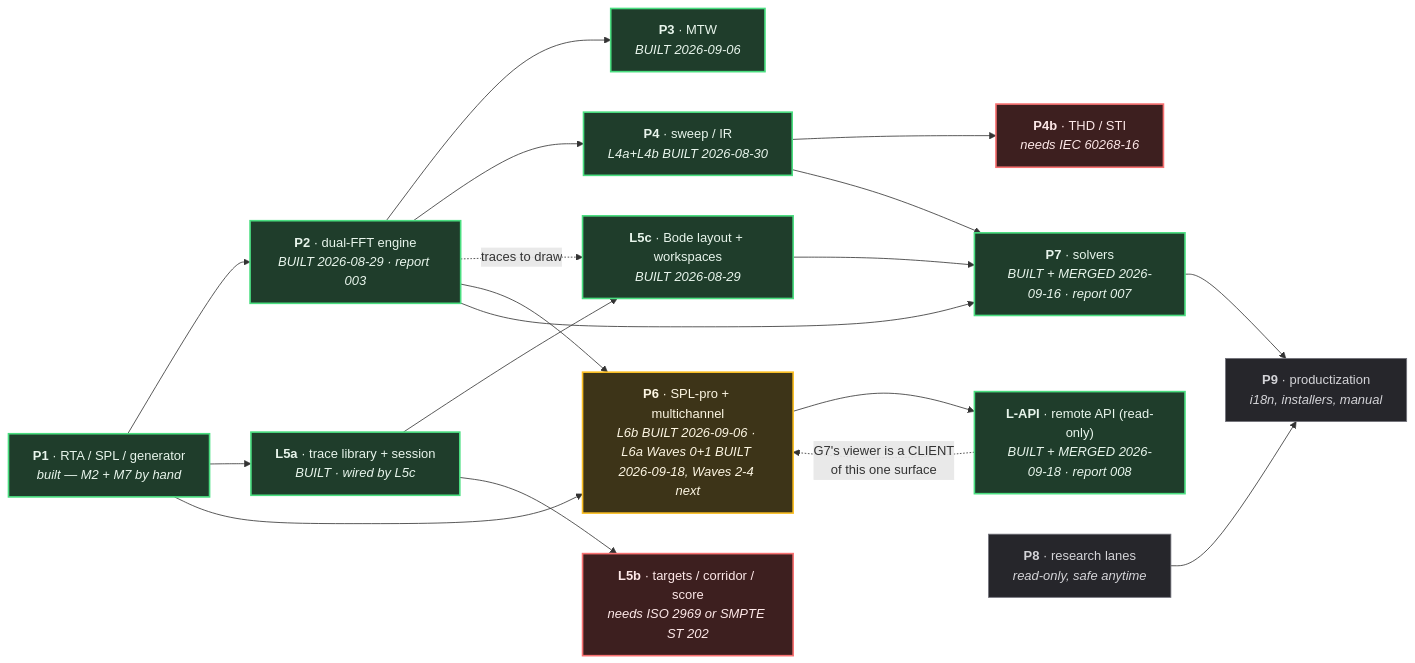
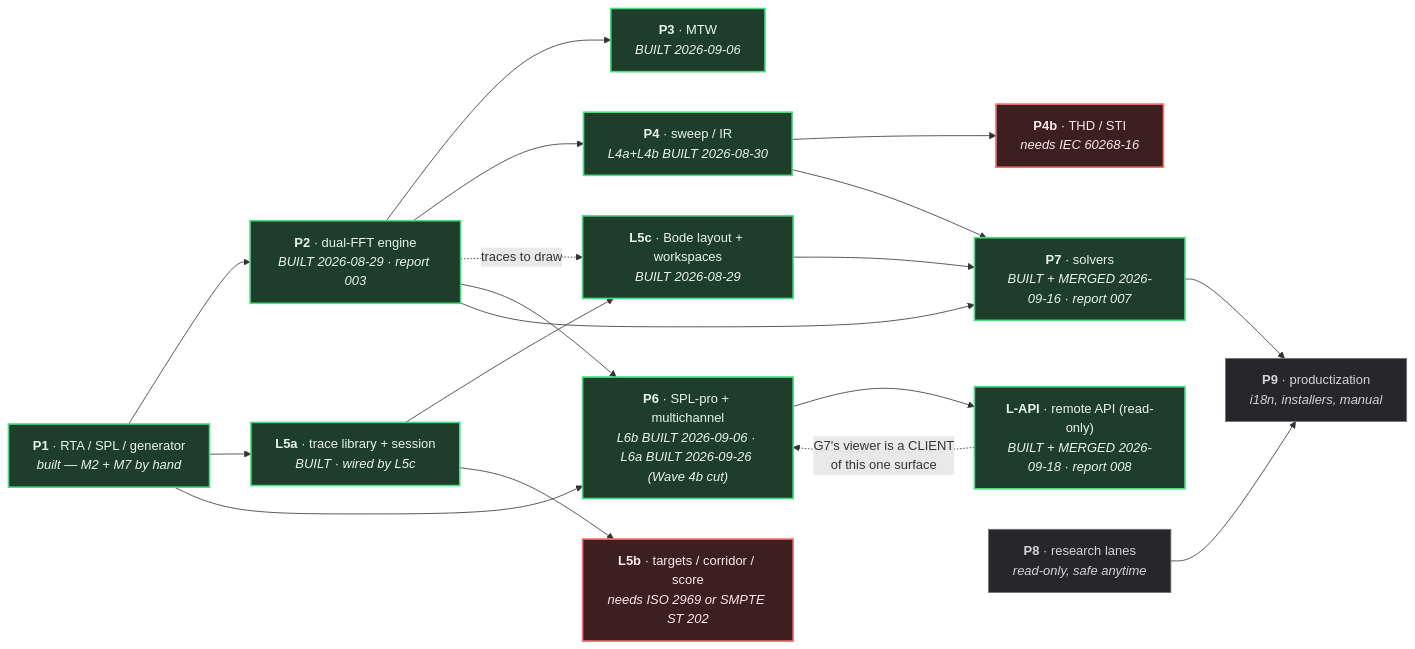
One commit to toanaz-ops/rta-tool changed the diagram in docs/plans/MASTER-EXECUTION-PLAN.md. Above: the diagram before and after it, drawn with Mermaid. The commit also changed other lines of this file and 4 other files, not shown here.

First line of the commit message:
docs: close out L6a (SPL-pro) lane -- report 009, roadmap, handoff, QA queue

````diff
--- a/docs/plans/MASTER-EXECUTION-PLAN.md
+++ b/docs/plans/MASTER-EXECUTION-PLAN.md
@@ -193,41 +197,40 @@
 ```mermaid
 graph LR
     P1["<b>P1</b> · RTA / SPL / generator<br/><i>built — M2 + M7 by hand</i>"]
     P2["<b>P2</b> · dual-FFT engine<br/><i>BUILT 2026-08-29 · report 003</i>"]
     P3["<b>P3</b> · MTW<br/><i>BUILT 2026-09-06</i>"]
     P4["<b>P4</b> · sweep / IR<br/><i>L4a+L4b BUILT 2026-08-30</i>"]
     P4b["<b>P4b</b> · THD / STI<br/><i>needs IEC 60268-16</i>"]
     L5a["<b>L5a</b> · trace library + session<br/><i>BUILT · wired by L5c</i>"]
     L5b["<b>L5b</b> · targets / corridor / score<br/><i>needs ISO 2969 or SMPTE ST 202</i>"]
     L5c["<b>L5c</b> · Bode layout + workspaces<br/><i>BUILT 2026-08-29</i>"]
-    P6["<b>P6</b> · SPL-pro + multichannel<br/><i>L6b BUILT 2026-09-06 · L6a Waves 0+1 BUILT 2026-09-18, Waves 2-4 next</i>"]
+    P6["<b>P6</b> · SPL-pro + multichannel<br/><i>L6b BUILT 2026-09-06 · L6a BUILT 2026-09-26 (Wave 4b cut)</i>"]
     LAPI["<b>L-API</b> · remote API (read-only)<br/><i>BUILT + MERGED 2026-09-18 · report 008</i>"]
     P7["<b>P7</b> · solvers<br/><i>BUILT + MERGED 2026-09-16 · report 007</i>"]
     P8["<b>P8</b> · research lanes<br/><i>read-only, safe anytime</i>"]
     P9["<b>P9</b> · productization<br/><i>i18n, installers, manual</i>"]
 
     P1 --> P2 --> P3
     P2 --> P4 --> P4b
     P1 --> L5a --> L5c
     L5a --> L5b
     P2 -.->|"traces to draw"| L5c
     P1 --> P6
     P2 --> P6
     P6 --> LAPI
     LAPI -.->|"G7's viewer is a CLIENT<br/>of this one surface"| P6
     P2 --> P7
     P4 --> P7
     L5c --> P7
     P7 --> P9
     P8 --> P9
 
     classDef done fill:#1f3d2b,stroke:#4ade80,stroke-width:2px,color:#e8f5ec
     classDef next fill:#3d3418,stroke:#fbbf24,stroke-width:2px,color:#fdf6e3
     classDef blocked fill:#3d1f1f,stroke:#f87171,stroke-width:2px,color:#fde8e8
     classDef later fill:#26262b,stroke:#71717a,stroke-width:1px,color:#d4d4d8
 
-    class P1,P2,P3,P4,L5a,L5c,P7,LAPI done
-    class P6 next
+    class P1,P2,P3,P4,L5a,L5c,P7,LAPI,P6 done
     class L5b,P4b blocked
     class P8,P9 later
 ```
````
